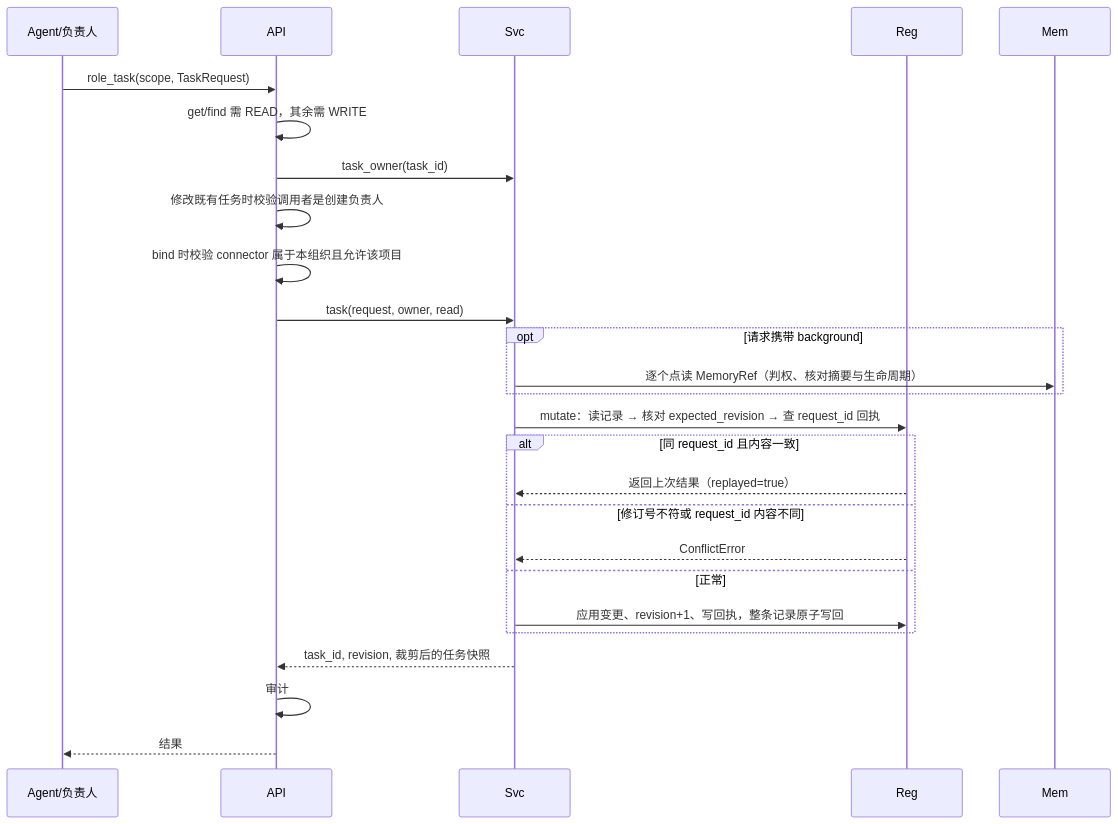
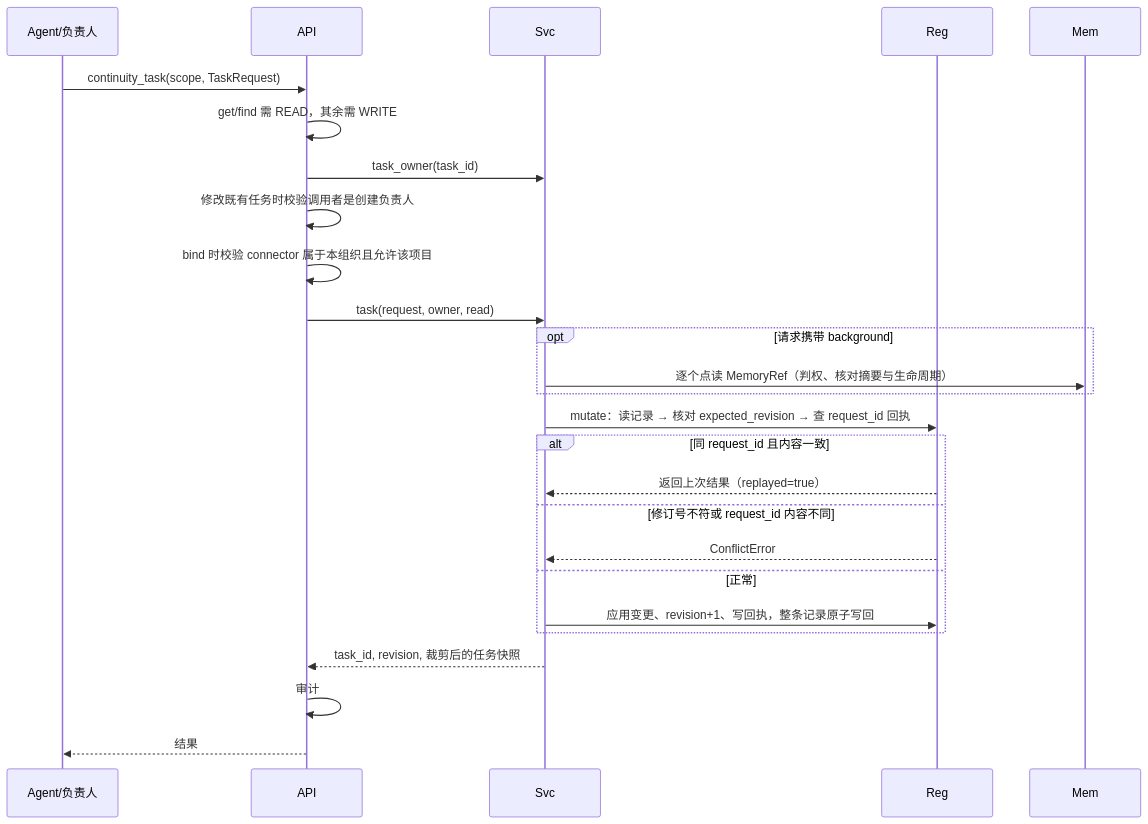
The second of 8 diagrams in docs/features/construction/F10-role-memory.md (openJiuwen-ai/agent-memory), drawn with Mermaid before and after one commit. The commit also changed other lines of this file and 95 other files, not shown here.

````diff
--- a/docs/features/construction/F10-role-memory.md
+++ b/docs/features/construction/F10-role-memory.md
@@ -960,28 +1031,28 @@
 ```mermaid
 sequenceDiagram
     participant A as Agent/负责人
     participant API
     participant Svc
     participant Reg
     participant Mem
-    A->>API: role_task(scope, TaskRequest)
+    A->>API: continuity_task(scope, TaskRequest)
     API->>API: get/find 需 READ，其余需 WRITE
     API->>Svc: task_owner(task_id)
     API->>API: 修改既有任务时校验调用者是创建负责人
     API->>API: bind 时校验 connector 属于本组织且允许该项目
     API->>Svc: task(request, owner, read)
     opt 请求携带 background
         Svc->>Mem: 逐个点读 MemoryRef（判权、核对摘要与生命周期）
     end
     Svc->>Reg: mutate：读记录 → 核对 expected_revision → 查 request_id 回执
     alt 同 request_id 且内容一致
         Reg-->>Svc: 返回上次结果（replayed=true）
     else 修订号不符或 request_id 内容不同
         Reg-->>Svc: ConflictError
     else 正常
         Svc->>Reg: 应用变更、revision+1、写回执，整条记录原子写回
     end
     Svc-->>API: task_id, revision, 裁剪后的任务快照
     API->>API: 审计
     API-->>A: 结果
 ```
````
